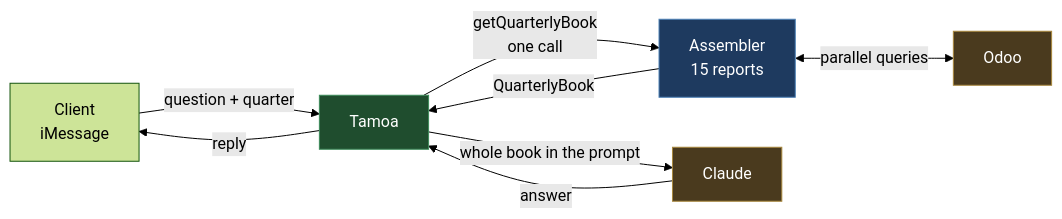
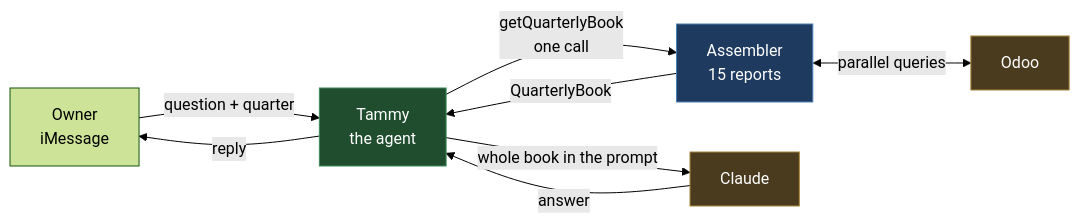
The first of 6 diagrams in docs/architecture_phase1.md (Patcast/terac_hackathon_patrcio), drawn with Mermaid (forest theme) before and after one commit. The commit also changed other lines of this file and 1 other file, not shown here.

First line of the commit message:
Adopt Tammy naming in the architecture docs

````diff
--- a/docs/architecture_phase1.md
+++ b/docs/architecture_phase1.md
@@ -20,15 +24,15 @@
 ```mermaid
 flowchart LR
-    C["Client<br/>iMessage"] -->|"question + quarter"| T["Tamoa"]
+    C["Owner<br/>iMessage"] -->|"question + quarter"| T["Tammy<br/>the agent"]
     T -->|"getQuarterlyBook<br/>one call"| A["Assembler<br/>15 reports"]
     A <-->|"parallel queries"| O["Odoo"]
     A -->|"QuarterlyBook"| T
     T -->|"whole book in the prompt"| K["Claude"]
     K -->|"answer"| T
     T -->|"reply"| C
 
     style T fill:#1f4d2e,stroke:#3d8b5a,color:#fff
     style A fill:#1e3a5f,stroke:#4a7fb5,color:#fff
     style K fill:#4a3a1e,stroke:#a8873d,color:#fff
     style O fill:#4a3a1e,stroke:#a8873d,color:#fff
 ```
````
